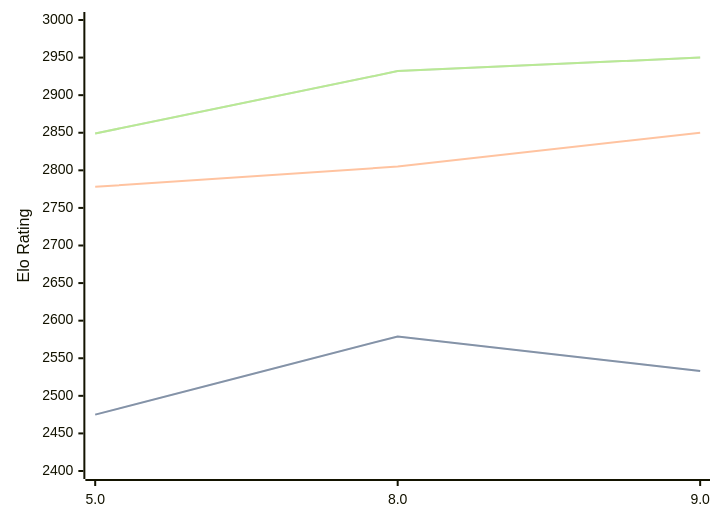
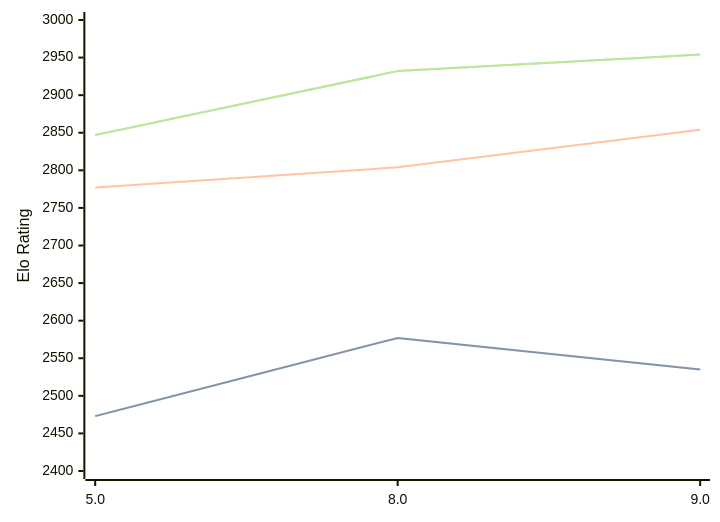
The third of 3 diagrams in engines/4kc.md (computer-chess-index/cci), drawn with Mermaid before and after one commit. The commit also changed other lines of this file, not shown here.

Commit message:
Update CCI Ratings (ELO VLTC) - 2026-06-26

````diff
--- a/engines/4kc.md
+++ b/engines/4kc.md
@@ -75,11 +75,11 @@
 ```mermaid
 %%{init: {"theme":"base","themeVariables":{"seriesColors:['#a3a3a3','#222221','#faa371']}}}%%
 xychart-beta
   x-axis ["5.0", "8.0", "9.0"]
   y-axis "Elo Rating" 2400 --> 3000
-  line "STC (8.0+0.08s)" [2475, 2579, 2533]
-  line "STC (8.0+0.08s)" [2475, 2579, 2533]
-  line "LTC (60.0+0.60s)" [2778, 2805, 2850]
-  line "VLTC (2m24s+1.12s)" [2849, 2932, 2950]
-  line "VLTC (2m24s+1.12s)" [2849, 2932, 2950]
+  line "STC (8.0+0.08s)" [2473, 2577, 2535]
+  line "STC (8.0+0.08s)" [2473, 2577, 2535]
+  line "LTC (60.0+0.60s)" [2777, 2804, 2854]
+  line "VLTC (2m24s+1.12s)" [2847, 2932, 2954]
+  line "VLTC (2m24s+1.12s)" [2847, 2932, 2954]
 ```
````
